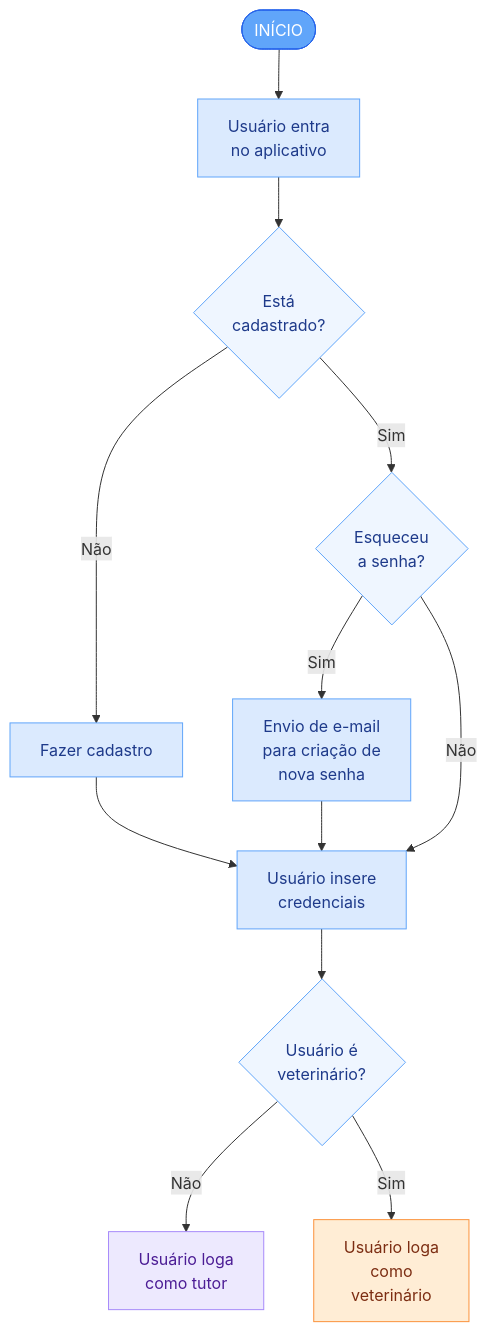
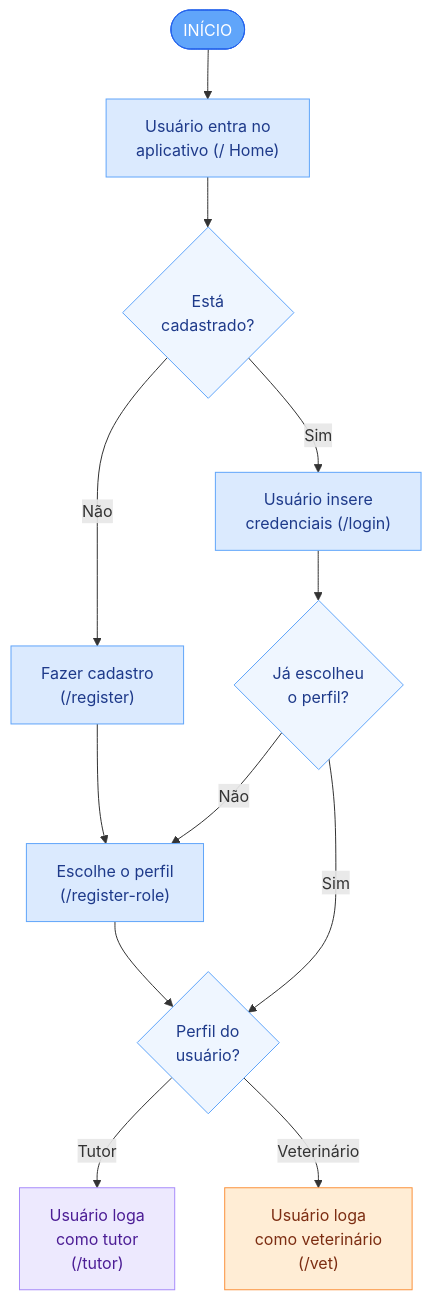
The first of 4 diagrams in docs-frontend-web-fluxo-wireframes.md (LaraPaulaSilva/petlife2copia), drawn with Mermaid before and after one commit. The commit also changed other lines of this file, not shown here.

Commit message:
docs: refaz fluxograma com telas e ações 100% fiéis ao código do frontend (imagem só como referência visual)

````diff
--- a/docs-frontend-web-fluxo-wireframes.md
+++ b/docs-frontend-web-fluxo-wireframes.md
@@ -23,28 +23,28 @@
 ```mermaid
 flowchart TD
-    inicio(["INÍCIO"]) --> entra["Usuário entra<br/>no aplicativo"]
+    inicio(["INÍCIO"]) --> entra["Usuário entra no<br/>aplicativo (/ Home)"]
     entra --> cadastrado{"Está<br/>cadastrado?"}
 
-    cadastrado -->|Não| fazCad["Fazer cadastro"]
-    cadastrado -->|Sim| esqueceu{"Esqueceu<br/>a senha?"}
+    cadastrado -->|Não| fazCad["Fazer cadastro<br/>(/register)"]
+    cadastrado -->|Sim| credenciais["Usuário insere<br/>credenciais (/login)"]
 
-    esqueceu -->|Sim| email["Envio de e-mail<br/>para criação de<br/>nova senha"]
-    esqueceu -->|Não| credenciais["Usuário insere<br/>credenciais"]
-    fazCad --> credenciais
-    email --> credenciais
+    fazCad --> escolhePerfil["Escolhe o perfil<br/>(/register-role)"]
+    credenciais --> jaEscolheu{"Já escolheu<br/>o perfil?"}
+    jaEscolheu -->|Não| escolhePerfil
+    jaEscolheu -->|Sim| ehVet{"Perfil do<br/>usuário?"}
+    escolhePerfil --> ehVet
 
-    credenciais --> ehVet{"Usuário é<br/>veterinário?"}
-    ehVet -->|Não| logaTutor["Usuário loga<br/>como tutor"]
-    ehVet -->|Sim| logaVet["Usuário loga<br/>como<br/>veterinário"]
+    ehVet -->|Tutor| logaTutor["Usuário loga<br/>como tutor<br/>(/tutor)"]
+    ehVet -->|Veterinário| logaVet["Usuário loga<br/>como veterinário<br/>(/vet)"]
 
     classDef topo fill:#dbeafe,stroke:#60a5fa,color:#1e3a8a;
     classDef decisao fill:#eff6ff,stroke:#60a5fa,color:#1e3a8a;
     classDef inicioFim fill:#60a5fa,stroke:#2563eb,color:#ffffff;
     classDef logT fill:#ede9fe,stroke:#a78bfa,color:#4c1d95;
     classDef logV fill:#ffedd5,stroke:#fb923c,color:#7c2d12;
-    class entra,fazCad,email,credenciais topo;
-    class cadastrado,esqueceu,ehVet decisao;
+    class entra,fazCad,credenciais,escolhePerfil topo;
+    class cadastrado,jaEscolheu,ehVet decisao;
     class inicio inicioFim;
     class logaTutor logT;
     class logaVet logV;
 ```
````
